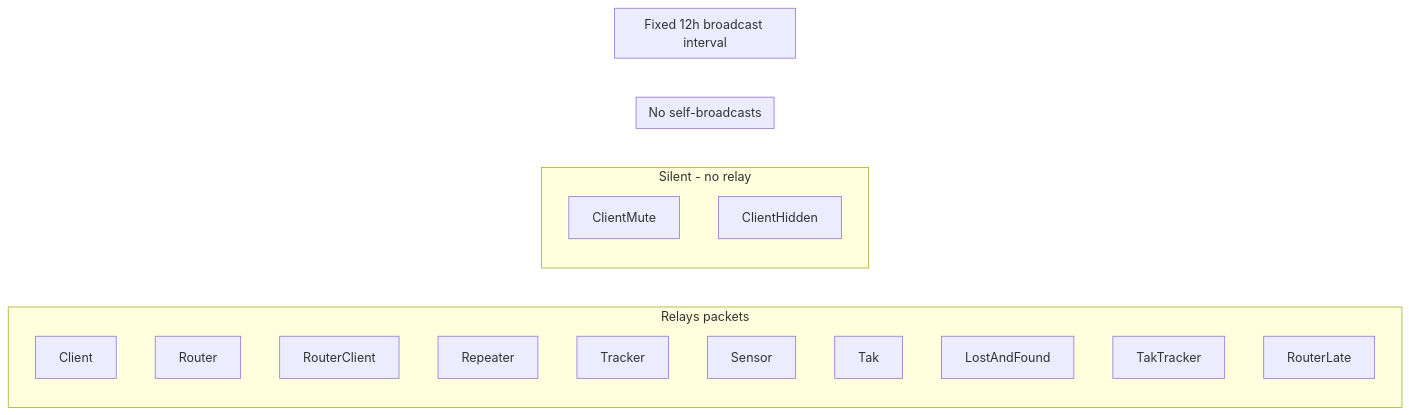
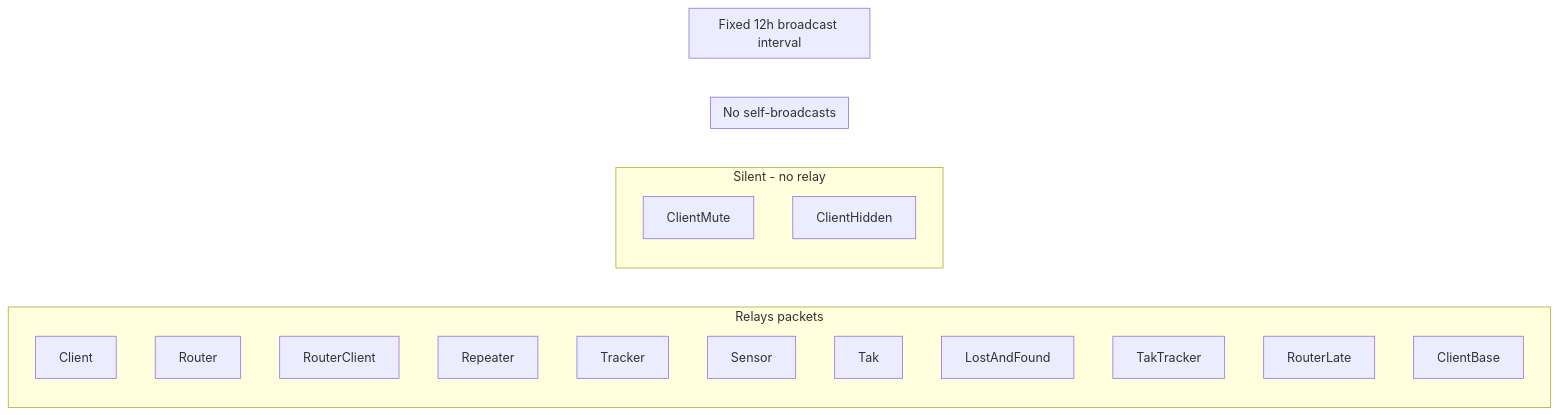
Before and after one commit to psytraxx/meshtastenstein-rs: the sixth of 6 diagrams in README.md, drawn with Mermaid. The commit also changed other lines of this file and 6 other files, not shown here.

````diff
--- a/README.md
+++ b/README.md
@@ -256,27 +257,28 @@
 ```mermaid
 graph LR
     subgraph Relays packets
         Client
         Router
         RouterClient
         Repeater
         Tracker
         Sensor
         Tak
         LostAndFound
         TakTracker
         RouterLate
+        ClientBase
     end
     subgraph Silent - no relay
         ClientMute
         ClientHidden
     end
     subgraph No self-broadcasts
         Repeater
         ClientHidden
     end
     subgraph Fixed 12h broadcast interval
         Router
         RouterClient
     end
 ```
````
